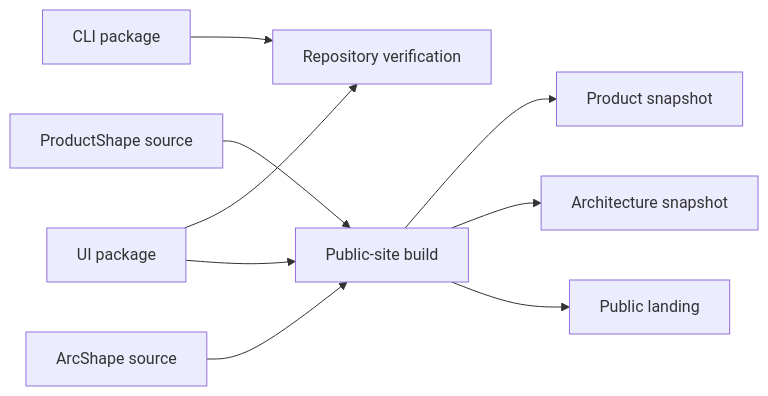
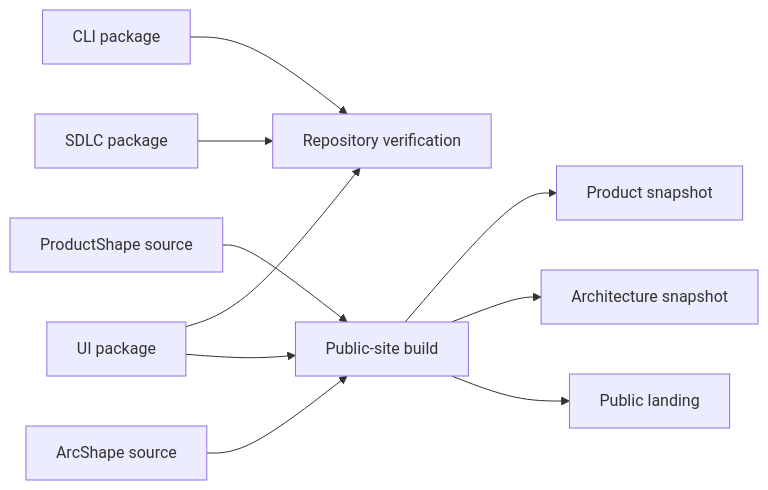
One commit to juangcarmona/lighthouse changed the first of 2 diagrams in docs/architecture/05-building-block-view/README.md. Above: the diagram before and after it, drawn with Mermaid. The commit also changed other lines of this file and 43 other files, not shown here.

````diff
--- a/docs/architecture/05-building-block-view/README.md
+++ b/docs/architecture/05-building-block-view/README.md
@@ -21,12 +22,13 @@
 ```mermaid
 flowchart LR
     accTitle: Current Lighthouse package and public-site surfaces
     cli[CLI package] --> verify[Repository verification]
+    sdlc[SDLC package] --> verify
     ui[UI package] --> verify
     product[ProductShape source] --> site[Public-site build]
     architecture[ArcShape source] --> site
     ui --> site
     site --> model[Product snapshot]
     site --> arc[Architecture snapshot]
     site --> landing[Public landing]
 ```
````
